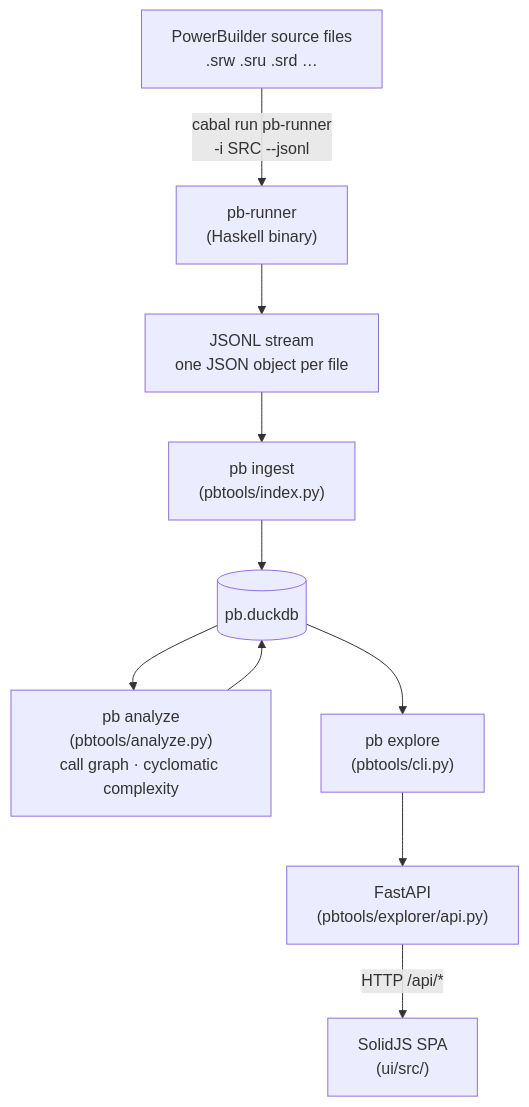
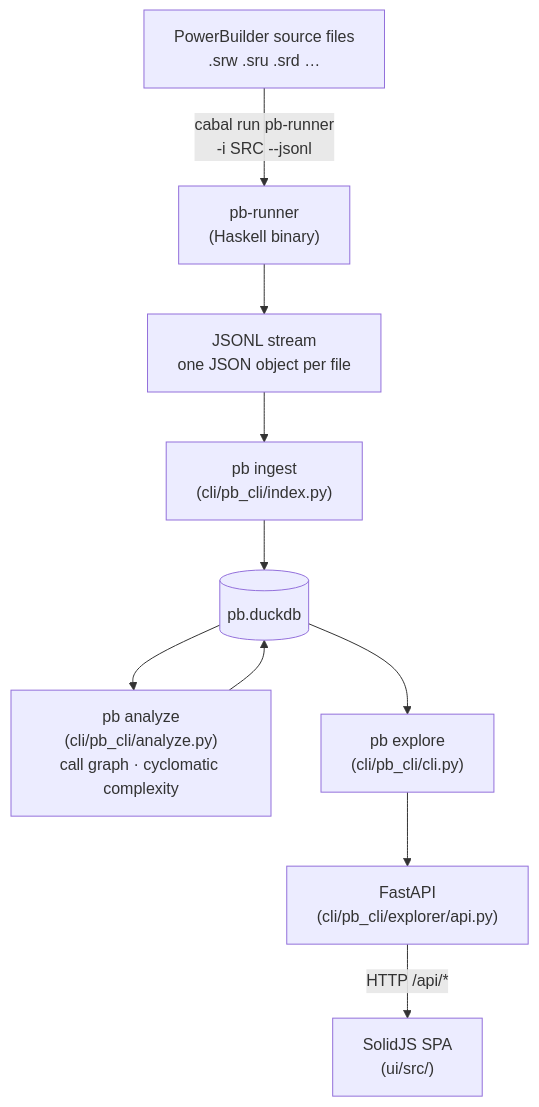
The first of 2 diagrams in ARCHITECTURE.md (thomasmarsh/pb), drawn with Mermaid before and after one commit. The commit also changed other lines of this file and 84 other files, not shown here.

````diff
--- a/ARCHITECTURE.md
+++ b/ARCHITECTURE.md
@@ -60,22 +66,22 @@
 ```mermaid
 flowchart TD
     SRC["PowerBuilder source files\n.srw .sru .srd …"]
     RUNNER["pb-runner\n(Haskell binary)"]
     JSONL["JSONL stream\none JSON object per file"]
-    INGEST["pb ingest\n(pbtools/index.py)"]
+    INGEST["pb ingest\n(cli/pb_cli/index.py)"]
     DB[("pb.duckdb")]
-    ANALYZE["pb analyze\n(pbtools/analyze.py)\ncall graph · cyclomatic complexity"]
-    EXPLORE["pb explore\n(pbtools/cli.py)"]
-    API["FastAPI\n(pbtools/explorer/api.py)"]
+    ANALYZE["pb analyze\n(cli/pb_cli/analyze.py)\ncall graph · cyclomatic complexity"]
+    EXPLORE["pb explore\n(cli/pb_cli/cli.py)"]
+    API["FastAPI\n(cli/pb_cli/explorer/api.py)"]
     SPA["SolidJS SPA\n(ui/src/)"]
 
     SRC -->|"cabal run pb-runner\n-i SRC --jsonl"| RUNNER
     RUNNER --> JSONL
     JSONL --> INGEST
     INGEST --> DB
     DB --> ANALYZE
     ANALYZE --> DB
     DB --> EXPLORE
     EXPLORE --> API
     API -->|"HTTP /api/*"| SPA
 ```
````
